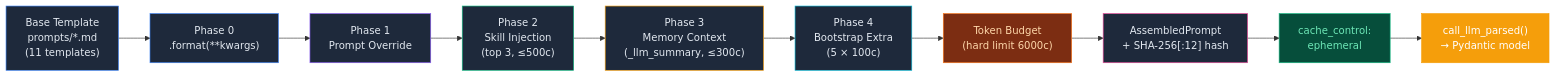
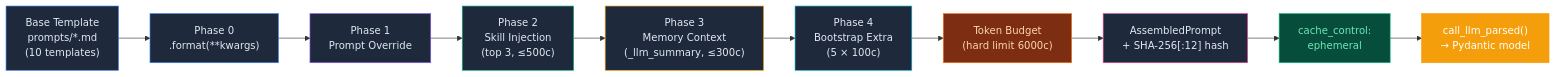
The tenth of 15 diagrams in README.md (mangowhoiscloud/geode), drawn with Mermaid before and after one commit. The commit also changed other lines of this file and 1 other file, not shown here.

````diff
--- a/README.md
+++ b/README.md
@@ -433,23 +433,23 @@
 ```mermaid
 graph LR
-    T["Base Template<br/>prompts/*.md<br/>(11 templates)"] --> P0["Phase 0<br/>.format(**kwargs)"]
+    T["Base Template<br/>prompts/*.md<br/>(10 templates)"] --> P0["Phase 0<br/>.format(**kwargs)"]
     P0 --> P1["Phase 1<br/>Prompt Override"]
     P1 --> P2["Phase 2<br/>Skill Injection<br/>(top 3, ≤500c)"]
     P2 --> P3["Phase 3<br/>Memory Context<br/>(_llm_summary, ≤300c)"]
     P3 --> P4["Phase 4<br/>Bootstrap Extra<br/>(5 × 100c)"]
     P4 --> Budget["Token Budget<br/>(hard limit 6000c)"]
     Budget --> AP["AssembledPrompt<br/>+ SHA-256[:12] hash"]
     AP --> Cache["cache_control:<br/>ephemeral"]
     Cache --> LLM["call_llm_parsed()<br/>→ Pydantic model"]
 
     style T fill:#1e293b,stroke:#3b82f6,color:#e2e8f0
     style P0 fill:#1e293b,stroke:#3b82f6,color:#e2e8f0
     style P1 fill:#1e293b,stroke:#8b5cf6,color:#e2e8f0
     style P2 fill:#1e293b,stroke:#10b981,color:#e2e8f0
     style P3 fill:#1e293b,stroke:#f59e0b,color:#e2e8f0
     style P4 fill:#1e293b,stroke:#06b6d4,color:#e2e8f0
     style Budget fill:#7c2d12,stroke:#f97316,color:#fed7aa
     style AP fill:#1e293b,stroke:#ec4899,color:#e2e8f0
     style Cache fill:#064e3b,stroke:#10b981,color:#6ee7b7
     style LLM fill:#f59e0b,stroke:#f59e0b,color:#fff
 ```
````
